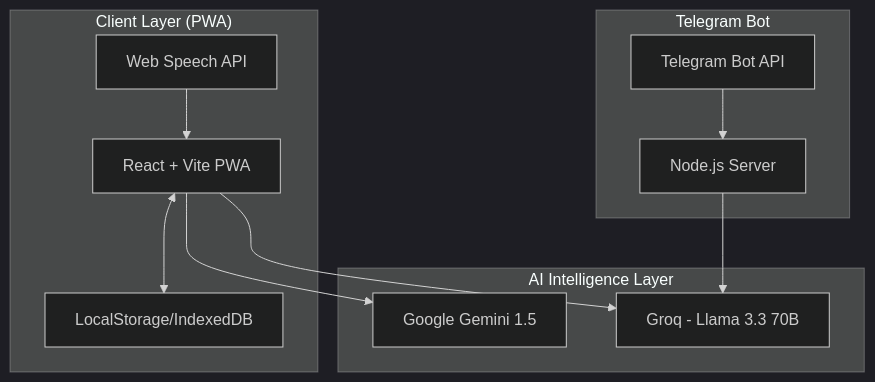
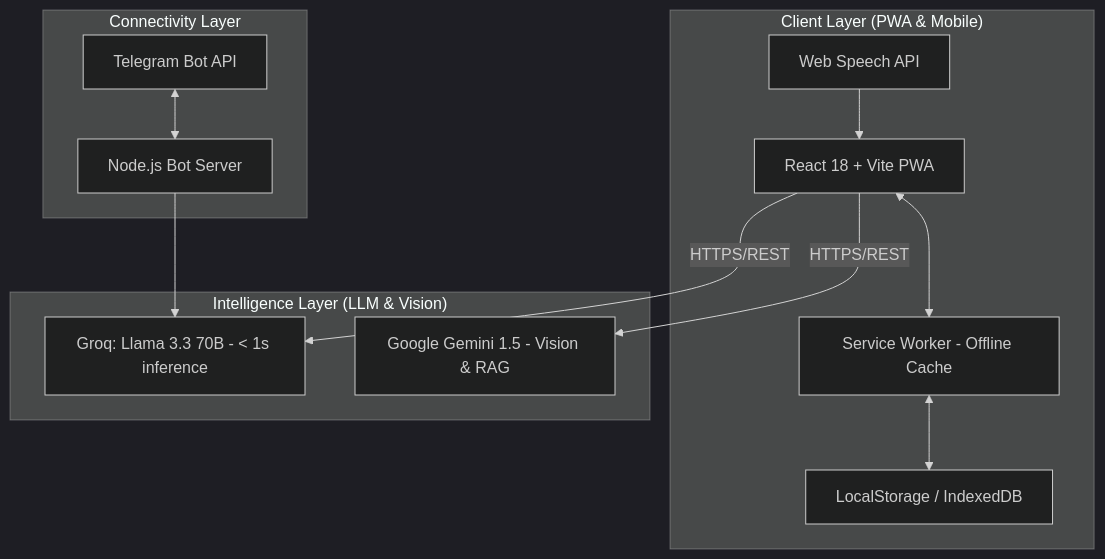
One commit to oki-dokii/ShikshaLokam changed the first of 3 diagrams in diet-command-center/README.md. Above: the diagram before and after it, drawn with Mermaid (dark theme). The commit also changed other lines of this file and 5 other files, not shown here.

Commit message:
docs: update README with architecture diagrams and fix icon overlapping

````diff
--- a/diet-command-center/README.md
+++ b/diet-command-center/README.md
@@ -50,25 +51,27 @@
 ```mermaid
 graph TD
-    subgraph Client["Client Layer (PWA)"]
-        App[React + Vite PWA]
+    subgraph Client["Client Layer (PWA & Mobile)"]
+        Web[React 18 + Vite PWA]
+        Storage[LocalStorage / IndexedDB]
+        Worker[Service Worker - Offline Cache]
         Voice[Web Speech API]
-        Offline[LocalStorage/IndexedDB]
     end
 
-    subgraph AI["AI Intelligence Layer"]
-        Groq[Groq - Llama 3.3 70B]
-        Gemini[Google Gemini 1.5]
+    subgraph AI["Intelligence Layer (LLM & Vision)"]
+        Groq[Groq: Llama 3.3 70B - < 1s inference]
+        Gemini[Google Gemini 1.5 - Vision & RAG]
     end
 
-    subgraph Bot["Telegram Bot"]
-        TelegramAPI[Telegram Bot API]
-        BotServer[Node.js Server]
+    subgraph Messaging["Connectivity Layer"]
+        BotServer[Node.js Bot Server]
+        TG[Telegram Bot API]
     end
 
-    App --> Groq
-    App --> Gemini
-    Voice --> App
-    App <--> Offline
+    Web <--> Worker
+    Worker <--> Storage
+    Web -- HTTPS/REST --> Groq
+    Web -- HTTPS/REST --> Gemini
+    Voice --> Web
     BotServer --> Groq
-    TelegramAPI --> BotServer
+    TG <--> BotServer
 ```
````
